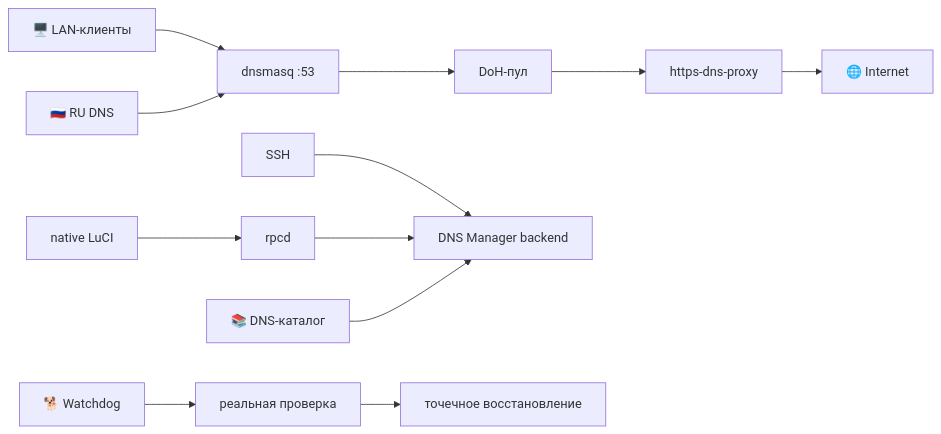
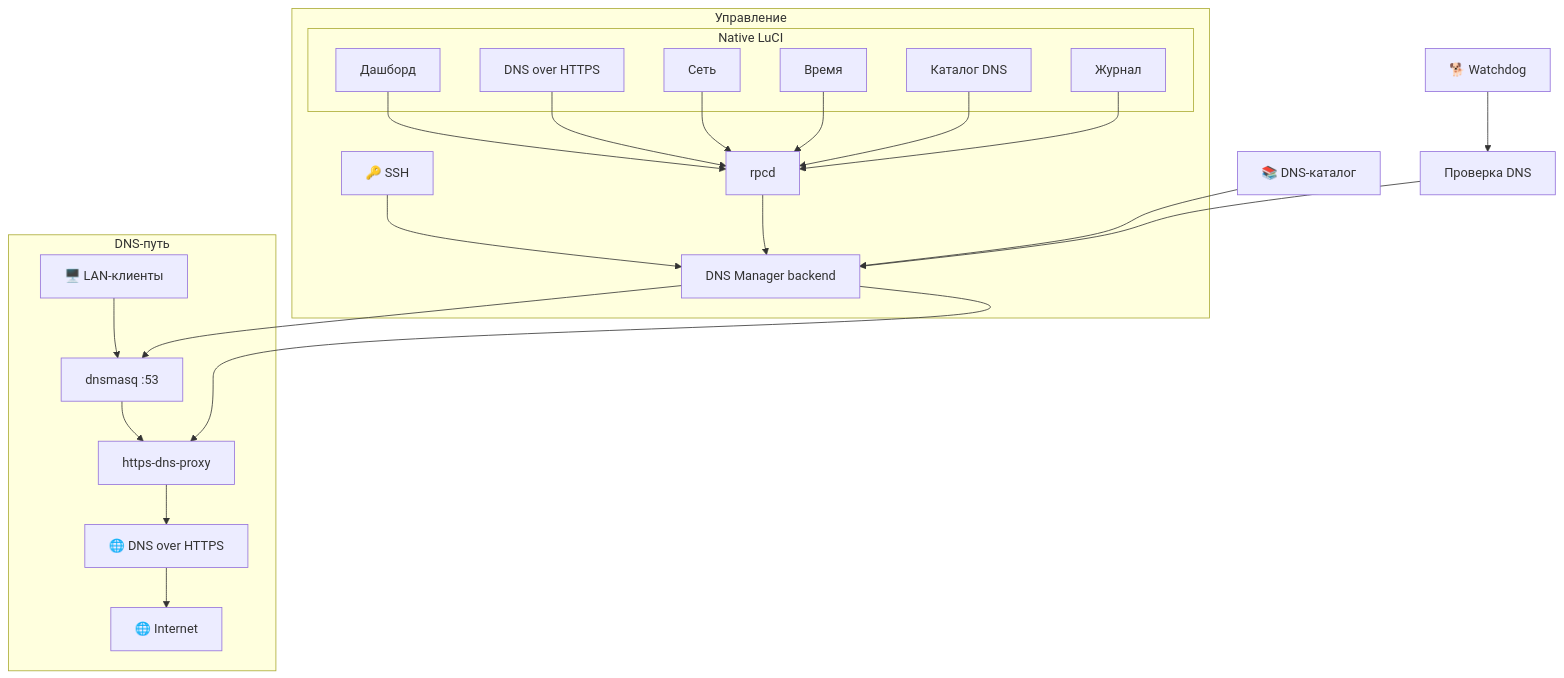
One commit to PoTuStoronu222/DNS-Manager changed the first of 2 diagrams in README.md. Above: the diagram before and after it, drawn with Mermaid. The commit also changed other lines of this file, not shown here.

Commit message:
docs: fix architecture diagram

```diff
--- a/README.md
+++ b/README.md
@@ -85,18 +85,30 @@
 ~~~mermaid
-flowchart LR
-    C["🖥️ LAN-клиенты"] --> D["dnsmasq :53"]
-    D --> P["DoH-пул"]
-    P --> H["https-dns-proxy"]
-    H --> I["🌐 Internet"]
+flowchart TB
+    subgraph UI["Управление"]
+        SSH["🔑 SSH"] --> B["DNS Manager backend"]
+        subgraph LUCI["Native LuCI"]
+            P1["Дашборд"]
+            P2["DNS over HTTPS"]
+            P3["Сеть"]
+            P4["Время"]
+            P5["Каталог DNS"]
+            P6["Журнал"]
+        end
+        P1 & P2 & P3 & P4 & P5 & P6 --> RPC["rpcd"]
+        RPC --> B
+    end
 
-    RU["🇷🇺 RU DNS"] --> D
+    subgraph DNS["DNS-путь"]
+        C["🖥️ LAN-клиенты"] --> D["dnsmasq :53"]
+        D --> H["https-dns-proxy"]
+        H --> I["🌐 DNS over HTTPS"]
+        I --> NET["🌐 Internet"]
+    end
 
-    S["SSH"] --> B["DNS Manager backend"]
-    L["native LuCI"] --> RPC["rpcd"]
-    RPC --> B
-
-    W["🐕 Watchdog"] --> T["реальная проверка"]
-    T --> R["точечное восстановление"]
+    B --> H
+    B --> D
 
     CAT["📚 DNS-каталог"] --> B
+    W["🐕 Watchdog"] --> T["Проверка DNS"]
+    T --> B
 ~~~
```
